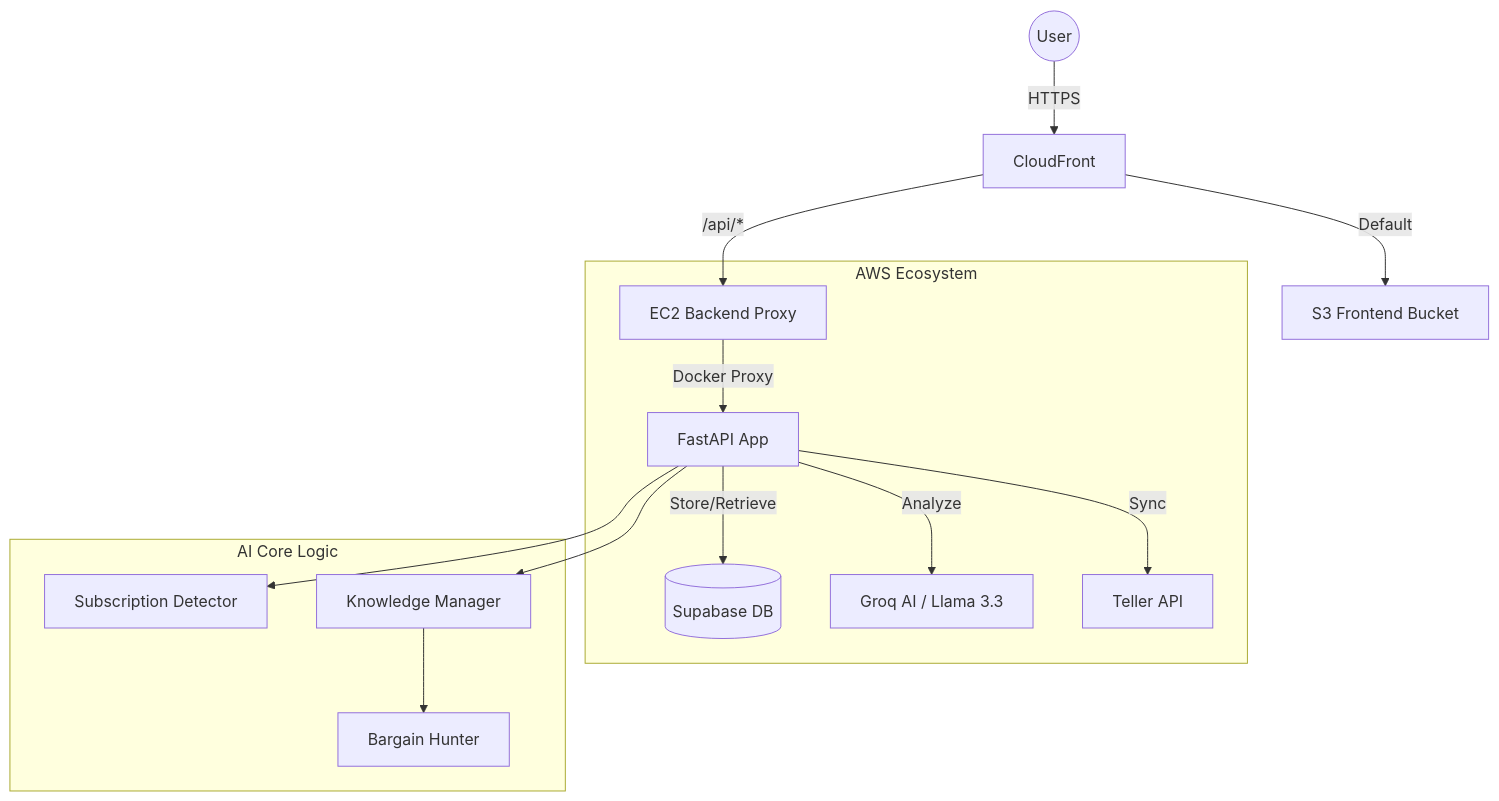
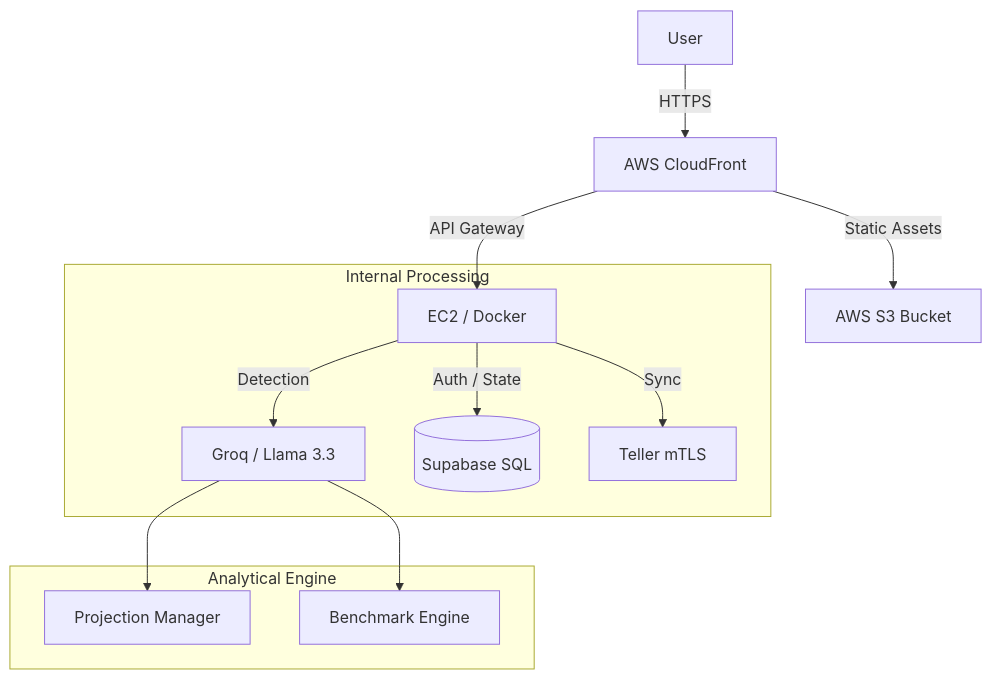
Before and after one commit to strazyuk/ProjectSpara: the diagram in README.md, drawn with Mermaid. The commit also changed other lines of this file and 3 other files, not shown here.

````diff
--- a/README.md
+++ b/README.md
@@ -12,19 +19,17 @@
 ```mermaid
 graph TD
-    User((User)) -->|HTTPS| CF[CloudFront]
-    CF -->|Default| S3[S3 Frontend Bucket]
-    CF -->|/api/*| EC2[EC2 Backend Proxy]
+    User -->|HTTPS| CF[AWS CloudFront]
+    CF -->|Static Assets| S3[AWS S3 Bucket]
+    CF -->|API Gateway| Bck[EC2 / Docker]
     
-    subgraph "AWS Ecosystem"
-        EC2 -->|Docker Proxy| FastAPI[FastAPI App]
-        FastAPI -->|Store/Retrieve| Supabase[(Supabase DB)]
-        FastAPI -->|Analyze| Groq[Groq AI / Llama 3.3]
-        FastAPI -->|Sync| Teller[Teller API]
+    subgraph "Internal Processing"
+        Bck -->|Detection| LLM[Groq / Llama 3.3]
+        Bck -->|Auth / State| DB[(Supabase SQL)]
+        Bck -->|Sync| Teller[Teller mTLS]
     end
     
-    subgraph "AI Core Logic"
-        FastAPI --> Detector[Subscription Detector]
-        FastAPI --> KM[Knowledge Manager]
-        KM --> BH[Bargain Hunter]
+    subgraph "Analytical Engine"
+        LLM --> PM[Projection Manager]
+        LLM --> BM[Benchmark Engine]
     end
 ```
````
